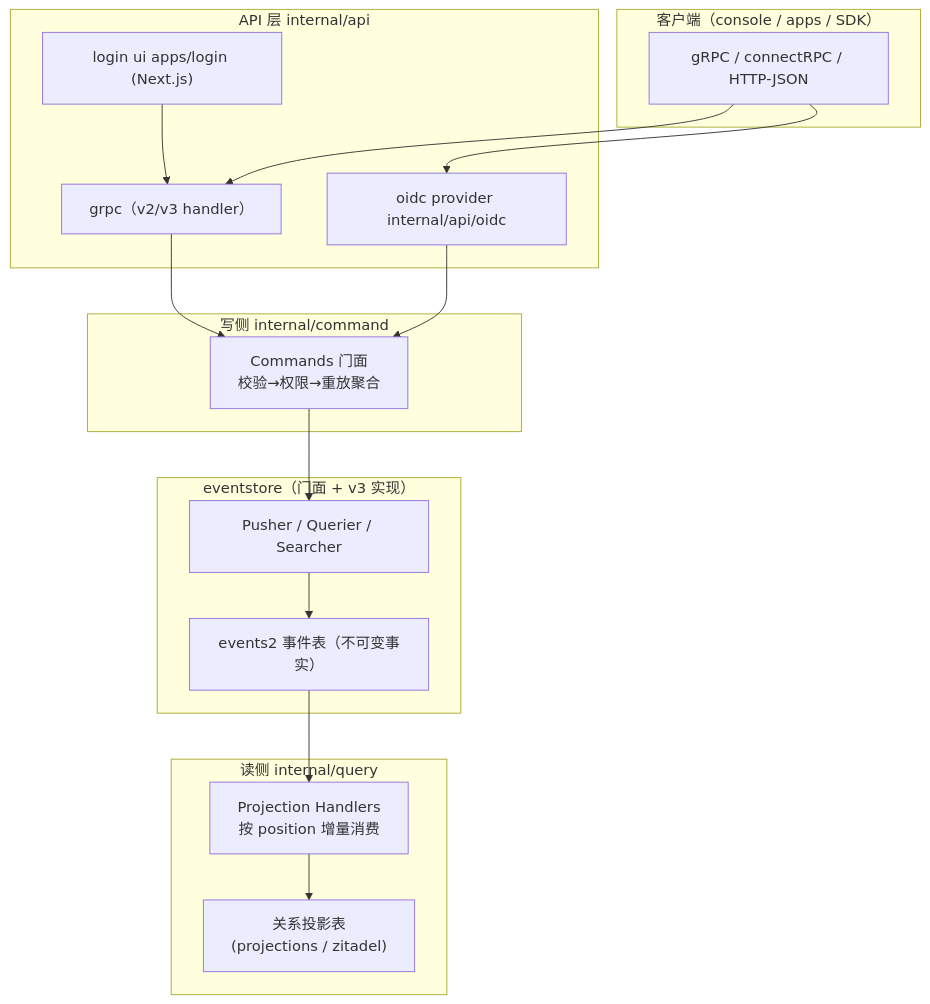
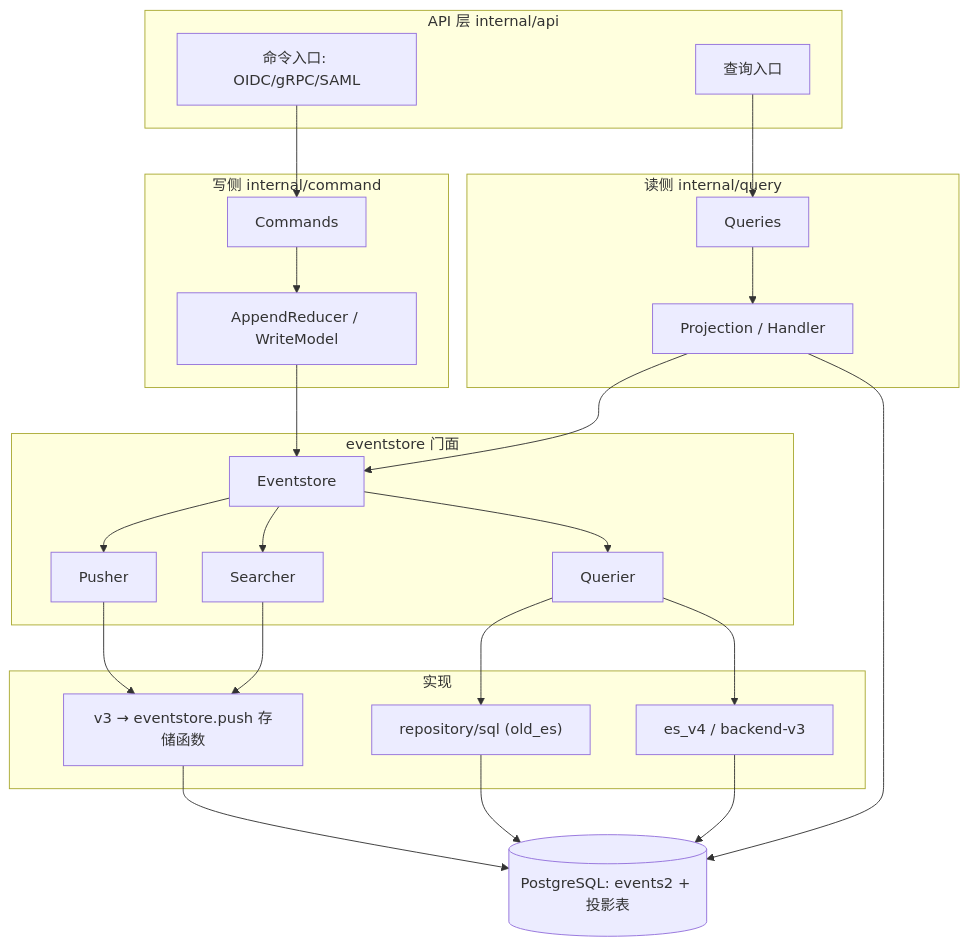
The diagram in auth/zitadel/architecture.md (morehao/oss-insights), drawn with Mermaid before and after one commit. The commit also changed other lines of this file and 8 other files, not shown here.

````diff
--- a/auth/zitadel/architecture.md
+++ b/auth/zitadel/architecture.md
@@ -19,36 +28,47 @@
 ```mermaid
 graph TB
-    subgraph Clients["客户端（console / apps / SDK）"]
-        C1["gRPC / connectRPC / HTTP-JSON"]
+    subgraph API["API 层 internal/api"]
+        API_CMD["命令入口: OIDC/gRPC/SAML"]
+        API_Q["查询入口"]
     end
 
-    subgraph API["API 层 internal/api"]
-        A1["grpc（v2/v3 handler）"]
-        A2["oidc provider internal/api/oidc"]
-        A3["login ui apps/login (Next.js)"]
+    subgraph CMD["写侧 internal/command"]
+        COMMANDS["Commands"]
+        REDUCER["AppendReducer / WriteModel"]
     end
 
-    subgraph Cmd["写侧 internal/command"]
-        B1["Commands 门面<br>校验→权限→重放聚合"]
+    subgraph QRY["读侧 internal/query"]
+        QUERIES["Queries"]
+        PROJ["Projection / Handler"]
     end
 
-    subgraph ES["eventstore（门面 + v3 实现）"]
-        E1["Pusher / Querier / Searcher"]
-        E2["events2 事件表（不可变事实）"]
+    subgraph ESH["eventstore 门面"]
+        ES["Eventstore"]
+        PUSHER["Pusher"]
+        QUERIER["Querier"]
+        SEARCHER["Searcher"]
     end
 
-    subgraph Read["读侧 internal/query"]
-        Q1["Projection Handlers<br>按 position 增量消费"]
-        Q2["关系投影表<br>(projections / zitadel)"]
+    subgraph IMPL["实现"]
+        V3["v3 → eventstore.push 存储函数"]
+        SQLQ["repository/sql (old_es)"]
+        V4["es_v4 / backend-v3"]
     end
 
-    C1 --> A1
-    A1 --> B1
-    A2 --> B1
-    C1 --> A2
-    A3 --> A1
-    B1 --> E1
-    E1 --> E2
-    E2 --> Q1
-    Q1 --> Q2
+    DB[("PostgreSQL: events2 + 投影表")]
+
+    API_CMD --> COMMANDS
+    COMMANDS --> REDUCER --> ES
+    ES --> PUSHER & QUERIER & SEARCHER
+    PUSHER --> V3
+    SEARCHER --> V3
+    QUERIER --> SQLQ
+    QUERIER --> V4
+    V3 --> DB
+    SQLQ --> DB
+    V4 --> DB
+    API_Q --> QUERIES
+    QUERIES --> PROJ
+    PROJ --> ES
+    PROJ --> DB
 ```
````
